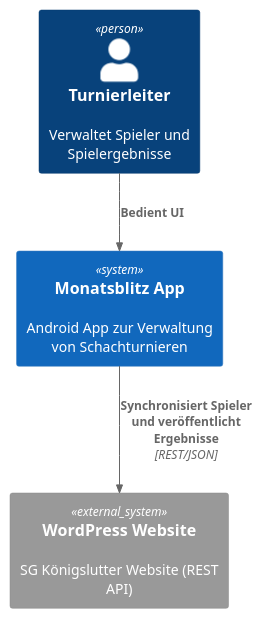
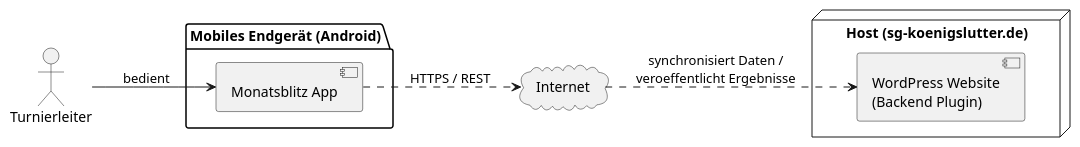
Before and after one commit to kindermaenner/monatsblitz-android-app: the diagram in docs/architecture/src/system-context.puml, drawn with PlantUML. The commit also changed 6 other files, not shown here.

Commit message:
adapted pictures to uml conformity

```diff
--- a/docs/architecture/src/system-context.puml
+++ b/docs/architecture/src/system-context.puml
@@ -1,10 +1,21 @@
 @startuml
-!include <C4/C4_Context>
+skinparam componentStyle uml2
+left to right direction
 
-Person(user, "Turnierleiter", "Verwaltet Spieler und Spielergebnisse")
-System(monatsblitz, "Monatsblitz App", "Android App zur Verwaltung von Schachturnieren")
-System_Ext(wp, "WordPress Website", "SG Königslutter Website (REST API)")
+actor "Turnierleiter" as User
 
-Rel(user, monatsblitz, "Bedient UI")
-Rel(monatsblitz, wp, "Synchronisiert Spieler und veröffentlicht Ergebnisse", "REST/JSON")
+package "Mobiles Endgerät (Android)" {
+    component "Monatsblitz App" as App
+}
+
+cloud "Internet" as Internet
+
+node "Host (sg-koenigslutter.de)" {
+    component "WordPress Website\n(Backend Plugin)" as WP
+}
+
+User --> App : bedient
+App ..> Internet : HTTPS / REST
+Internet ..> WP : synchronisiert Daten /\nveroeffentlicht Ergebnisse
+
 @enduml
```
